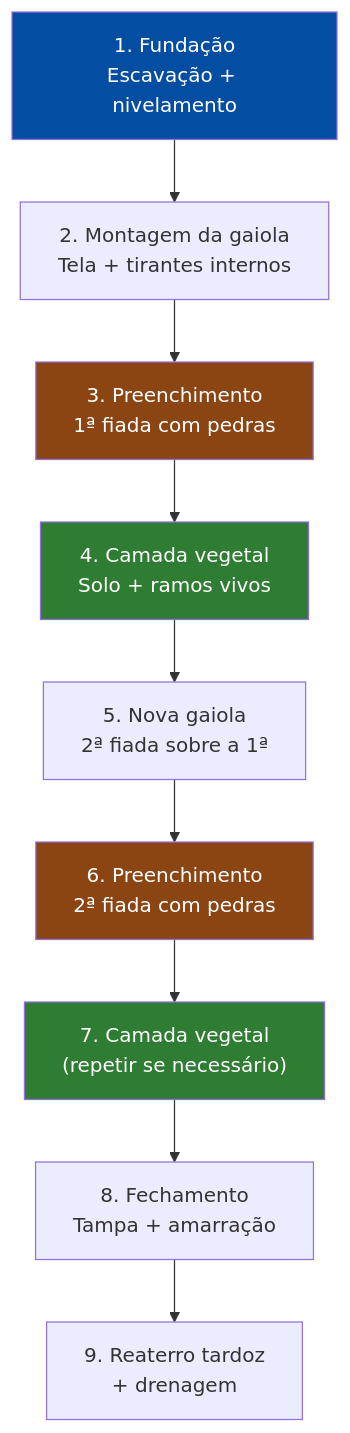
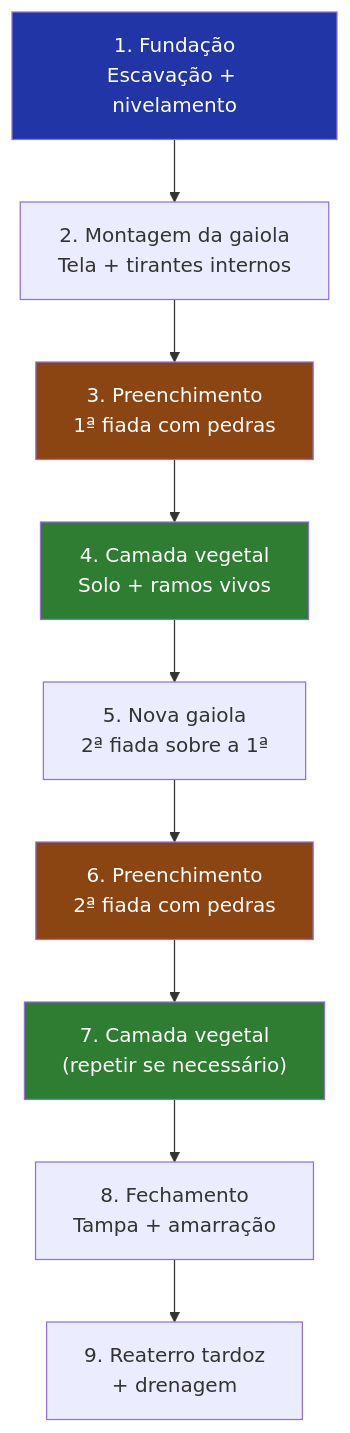
Before and after one commit to ldvsantos/cv: the fourth of 6 diagrams in aulas/bioengenharia_de_solos/aulas/gabiao_vivo/gabiao_vivo.qmd, drawn with Mermaid. The commit also changed other lines of this file and 466 other files, not shown here.

````diff
--- a/aulas/bioengenharia_de_solos/aulas/gabiao_vivo/gabiao_vivo.qmd
+++ b/aulas/bioengenharia_de_solos/aulas/gabiao_vivo/gabiao_vivo.qmd
@@ -425,17 +423,17 @@
 ```{mermaid}
 %%| fig-width: 5
 graph TD
     A["1. Fundação<br>Escavação + nivelamento"] --> B["2. Montagem da gaiola<br>Tela + tirantes internos"]
     B --> C["3. Preenchimento<br>1ª fiada com pedras"]
     C --> D["4. Camada vegetal<br>Solo + ramos vivos"]
     D --> E["5. Nova gaiola<br>2ª fiada sobre a 1ª"]
     E --> F["6. Preenchimento<br>2ª fiada com pedras"]
     F --> G["7. Camada vegetal<br>(repetir se necessário)"]
     G --> H["8. Fechamento<br>Tampa + amarração"]
     H --> I["9. Reaterro tardoz<br>+ drenagem"]
-    style A fill:#034EA2,color:#fff
+    style A fill:#2135A6,color:#fff
     style C fill:#8B4513,color:#fff
     style D fill:#2E7D32,color:#fff
     style F fill:#8B4513,color:#fff
     style G fill:#2E7D32,color:#fff
 ```
````
